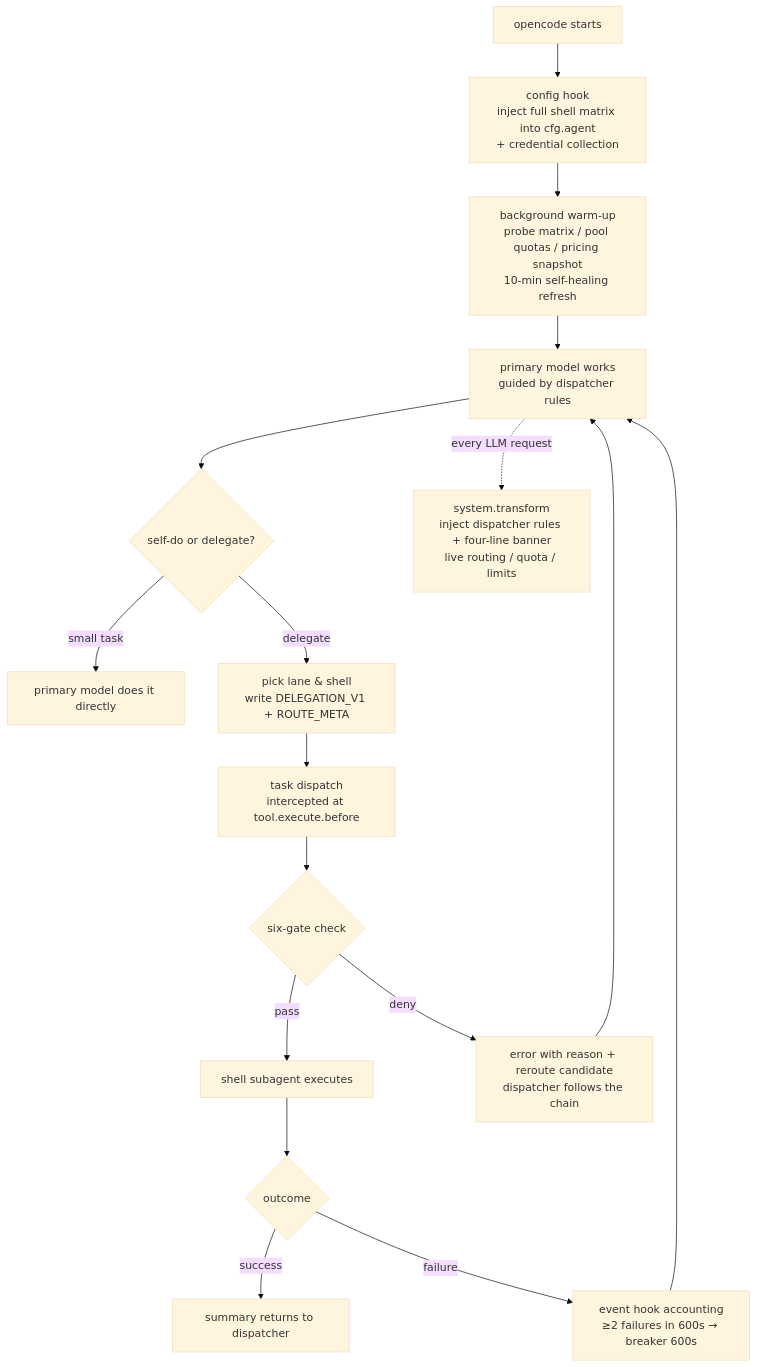
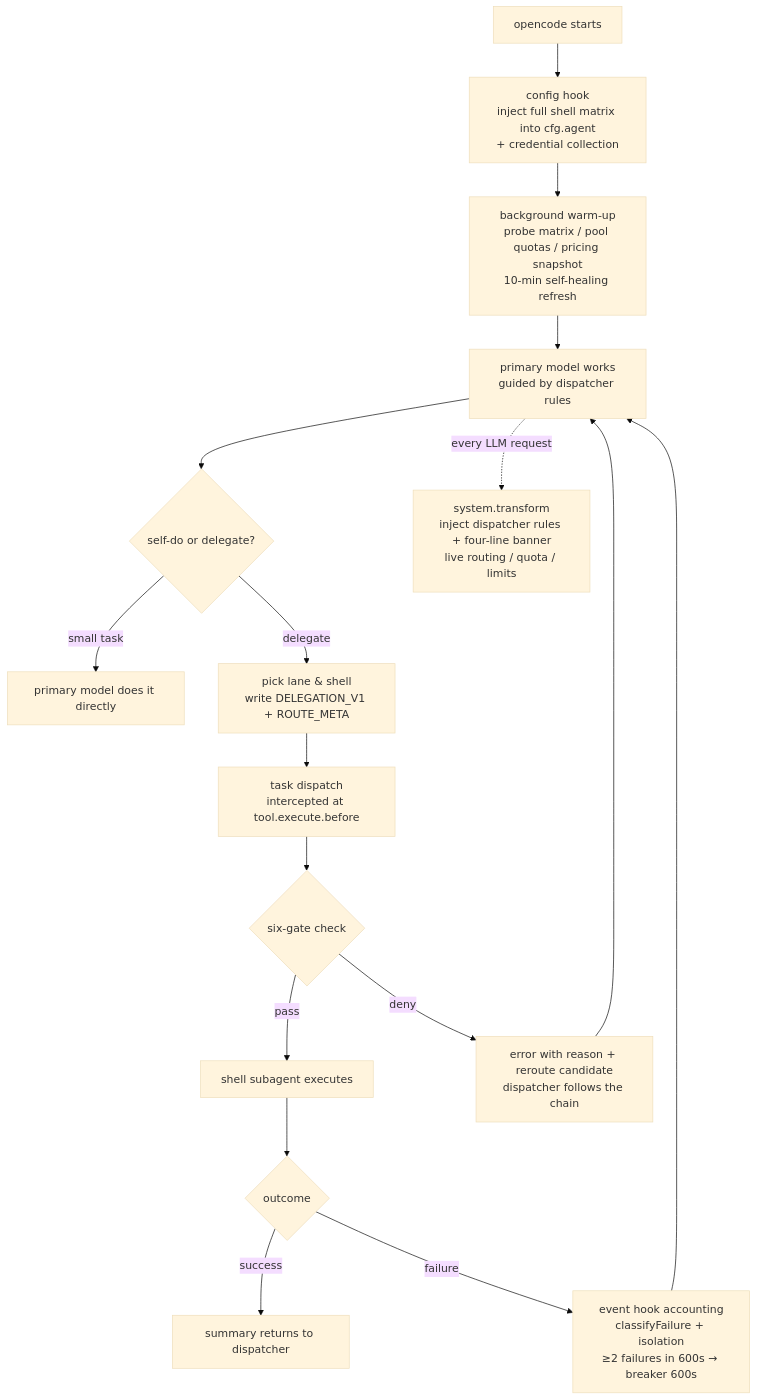
One commit to qunqin24/opendock changed the diagram in src/data/readme/opencode-switchman.md. Above: the diagram before and after it, drawn with Mermaid (base theme). The commit also changed other lines of this file and 55 other files, not shown here.

````diff
--- a/src/data/readme/opencode-switchman.md
+++ b/src/data/readme/opencode-switchman.md
@@ -151,19 +161,19 @@
 ```mermaid
 flowchart TD
     A[opencode starts] --> B[config hook<br/>inject full shell matrix into cfg.agent<br/>+ credential collection]
     B --> C[background warm-up<br/>probe matrix / pool quotas / pricing snapshot<br/>10-min self-healing refresh]
     C --> D[primary model works<br/>guided by dispatcher rules]
     D --> E{self-do or delegate?}
     E -->|small task| Z[primary model does it directly]
     E -->|delegate| F[pick lane & shell<br/>write DELEGATION_V1 + ROUTE_META]
     F --> G[task dispatch<br/>intercepted at tool.execute.before]
     G --> H{six-gate check}
     H -->|pass| I[shell subagent executes]
     H -->|deny| J[error with reason + reroute candidate<br/>dispatcher follows the chain]
     I --> K{outcome}
     K -->|success| L[summary returns to dispatcher]
-    K -->|failure| M[event hook accounting<br/>≥2 failures in 600s → breaker 600s]
+    K -->|failure| M[event hook accounting<br/>classifyFailure + isolation<br/>≥2 failures in 600s → breaker 600s]
     M --> D
     J --> D
     D -.every LLM request.-> N[system.transform<br/>inject dispatcher rules + four-line banner<br/>live routing / quota / limits]
 ```
````
